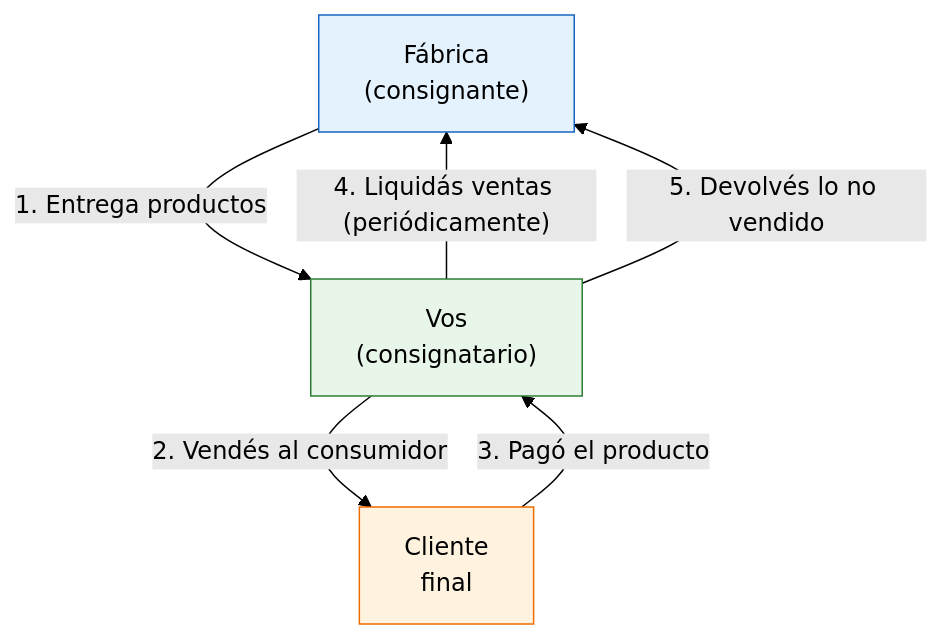
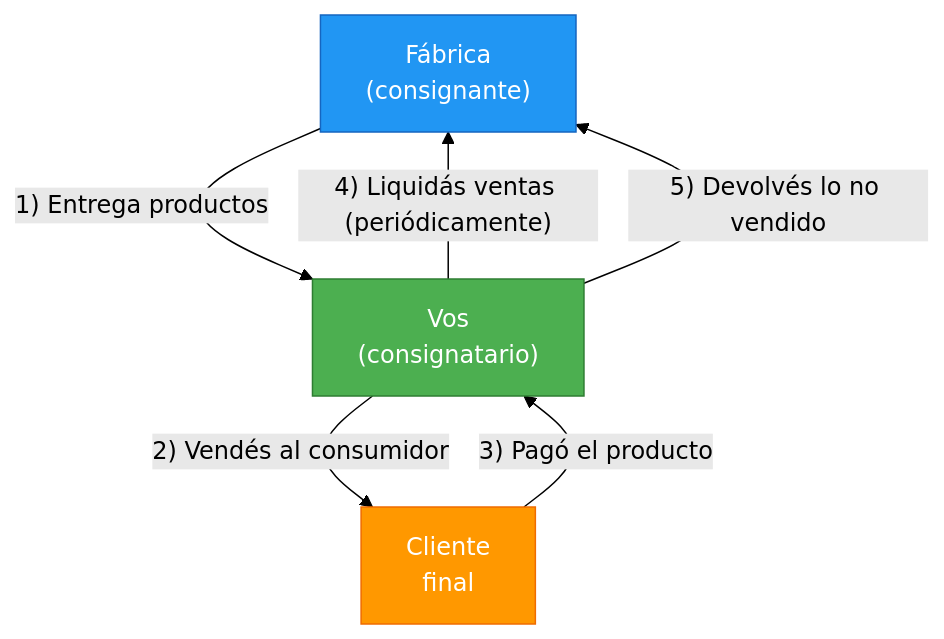
Before and after one commit to barrosignacioezequiel-coder/docs: the diagram in app/paso1-argentina/empezar-de-cero/consignacion.mdx, drawn with Mermaid (forest theme). The commit also changed 66 other files, not shown here.

First line of the commit message:
fix: resolve Mermaid v11 numbered list errors + improve contrast

````diff
--- a/app/paso1-argentina/empezar-de-cero/consignacion.mdx
+++ b/app/paso1-argentina/empezar-de-cero/consignacion.mdx
@@ -15,12 +15,12 @@
 ```mermaid
 graph TD
-    A["Fábrica<br/>(consignante)"] -->|"1. Entrega productos"| B["Vos<br/>(consignatario)"]
-    B -->|"2. Vendés al consumidor"| C["Cliente<br/>final"]
-    C -->|"3. Pagó el producto"| B
-    B -->|"4. Liquidás ventas (periódicamente)"| A
-    B -->|"5. Devolvés lo no vendido"| A
+    A["Fábrica<br/>(consignante)"] -->|"1) Entrega productos"| B["Vos<br/>(consignatario)"]
+    B -->|"2) Vendés al consumidor"| C["Cliente<br/>final"]
+    C -->|"3) Pagó el producto"| B
+    B -->|"4) Liquidás ventas (periódicamente)"| A
+    B -->|"5) Devolvés lo no vendido"| A
 
-    style A fill:#e3f2fd,stroke:#1565c0
-    style B fill:#e8f5e9,stroke:#2e7d32
-    style C fill:#fff3e0,stroke:#ef6c00
+    style A fill:#2196f3,stroke:#1565c0,color:#fff
+    style B fill:#4caf50,stroke:#2e7d32,color:#fff
+    style C fill:#ff9800,stroke:#ef6c00,color:#fff
 ```
````
